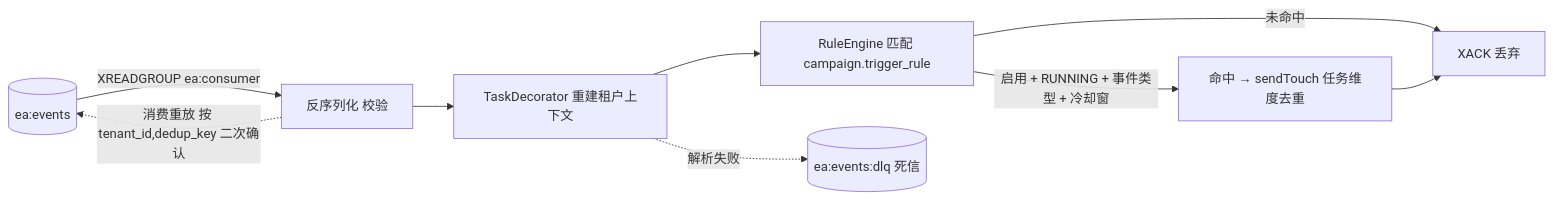
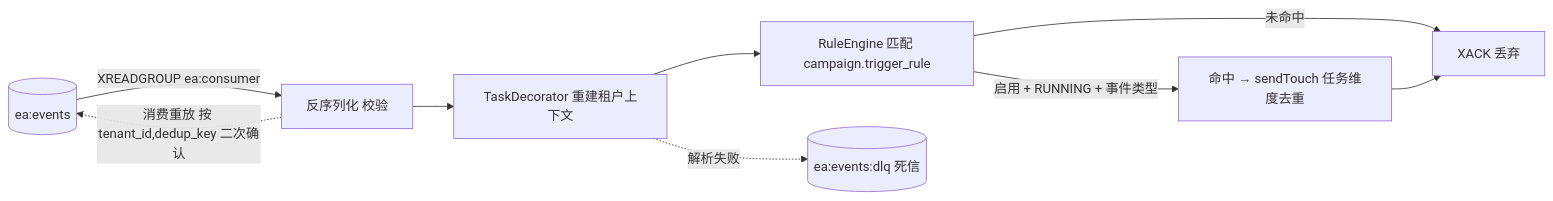
One commit to heheshang/ea-agent changed the third of 9 diagrams in docs/ea-agent-data-flow.md. Above: the diagram before and after it, drawn with Mermaid. The commit also changed other lines of this file and 32 other files, not shown here.

````diff
--- a/docs/ea-agent-data-flow.md
+++ b/docs/ea-agent-data-flow.md
@@ -104,11 +104,11 @@
 ```mermaid
 flowchart LR
   ES[(ea:events)] -->|"XREADGROUP ea:consumer"| C1["反序列化 校验"]
   C1 --> C2["TaskDecorator 重建租户上下文"]
   C2 --> C3["RuleEngine 匹配 campaign.trigger_rule"]
-  C3 -->|"启用 + RUNNING + 事件类型 + 冷却窗"| C4["命中 → sendTouch 任务维度去重"]
+  C3 -->|"启用 + RUNNING + 事件类型"| C4["命中 → sendTouch 任务维度去重"]
   C3 -->|"未命中"| X["XACK 丢弃"]
   C4 --> X
   C1 -. "消费重放 按 tenant_id,dedup_key 二次确认" .-> ES
   C2 -. "解析失败" .-> DLQ[("ea:events:dlq 死信")]
 ```
````
